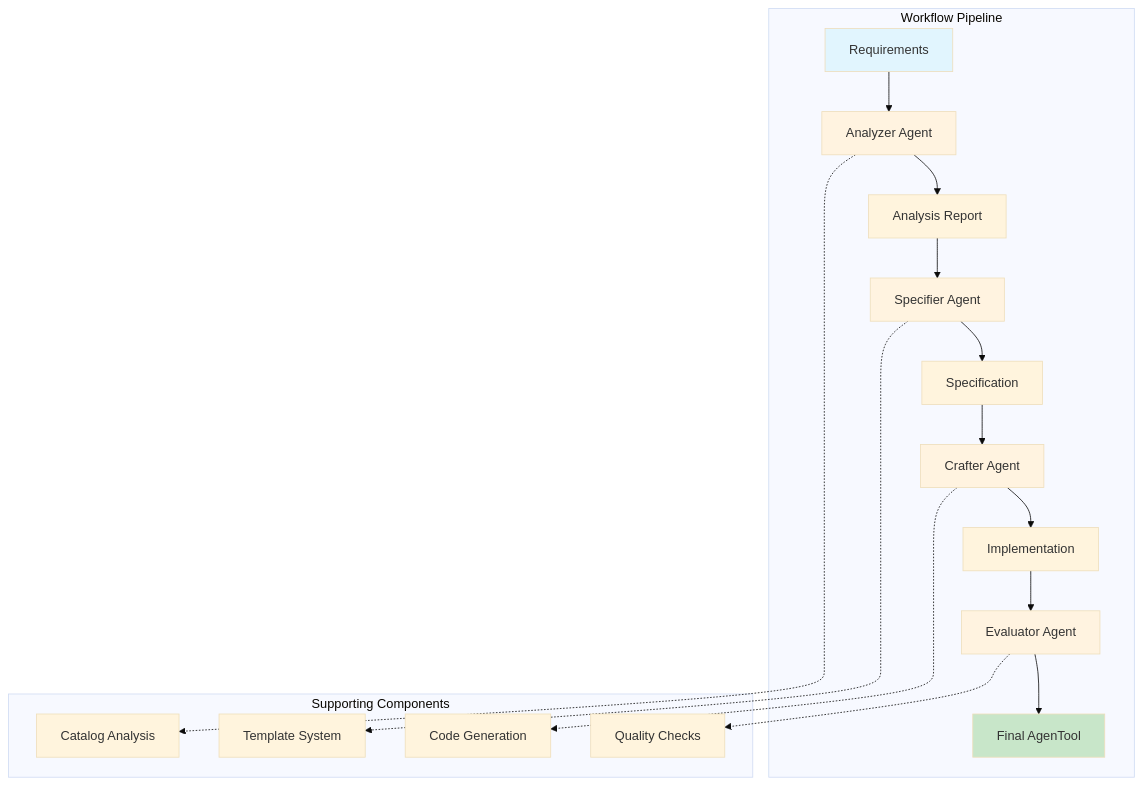
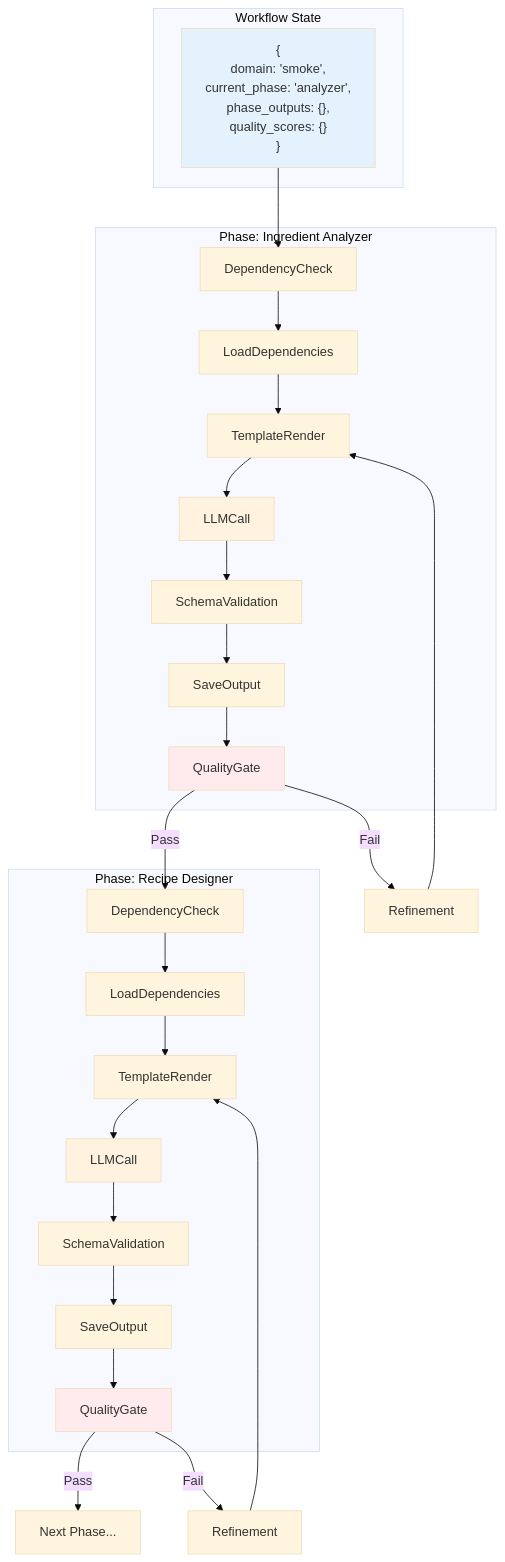
The fifth of 6 diagrams in README.md (fblgit/agentool), drawn with Mermaid (base theme) before and after one commit. The commit also changed other lines of this file, not shown here.

````diff
--- a/README.md
+++ b/README.md
@@ -935,32 +312,39 @@
 ```mermaid
 graph TB
-    subgraph "Workflow Pipeline"
-        A[Requirements] --> B[Analyzer Agent]
-        B --> C[Analysis Report]
-        C --> D[Specifier Agent]
-        D --> E[Specification]
-        E --> F[Crafter Agent]
-        F --> G[Implementation]
-        G --> H[Evaluator Agent]
-        H --> I[Final AgenTool]
+    subgraph "Workflow State"
+        STATE["{<br/>domain: 'smoke',<br/>current_phase: 'analyzer',<br/>phase_outputs: {},<br/>quality_scores: {}<br/>}"]
     end
     
-    subgraph "Supporting Components"
-        J[Catalog Analysis]
-        K[Template System]
-        L[Code Generation]
-        M[Quality Checks]
+    subgraph "Phase: Ingredient Analyzer"
+        A1[DependencyCheck] --> A2[LoadDependencies]
+        A2 --> A3[TemplateRender]
+        A3 --> A4[LLMCall]
+        A4 --> A5[SchemaValidation]
+        A5 --> A6[SaveOutput]
+        A6 --> A7[QualityGate]
     end
     
-    B -.-> J
-    D -.-> K
-    F -.-> L
-    H -.-> M
+    subgraph "Phase: Recipe Designer"
+        B1[DependencyCheck] --> B2[LoadDependencies]
+        B2 --> B3[TemplateRender]
+        B3 --> B4[LLMCall]
+        B4 --> B5[SchemaValidation]
+        B5 --> B6[SaveOutput]
+        B6 --> B7[QualityGate]
+    end
     
-    style A fill:#e1f5fe
-    style I fill:#c8e6c9
-    style B fill:#fff3e0
-    style D fill:#fff3e0
-    style F fill:#fff3e0
-    style H fill:#fff3e0
+    STATE --> A1
+    A7 -->|Pass| B1
+    A7 -->|Fail| REF1[Refinement]
+    REF1 --> A3
+    
+    B7 -->|Pass| NEXT[Next Phase...]
+    B7 -->|Fail| REF2[Refinement]
+    REF2 --> B3
+    
+    style STATE fill:#e3f2fd
+    style A4 fill:#fff3e0
+    style B4 fill:#fff3e0
+    style A7 fill:#ffebee
+    style B7 fill:#ffebee
 ```
````
